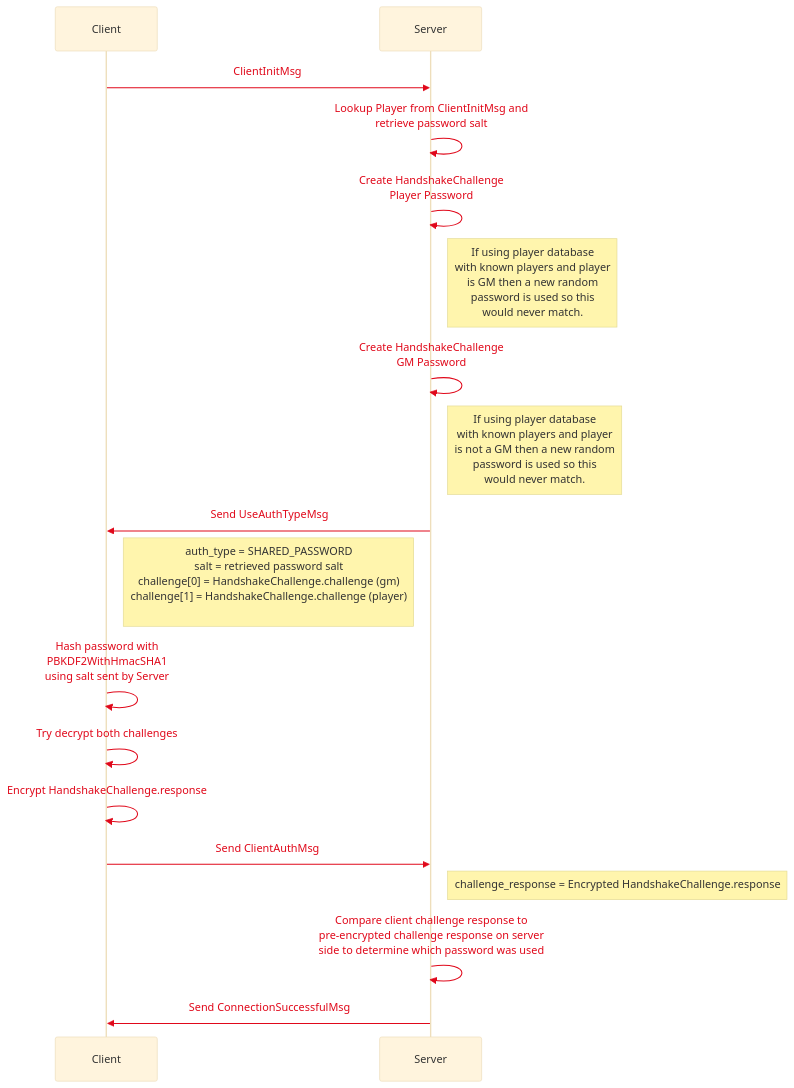
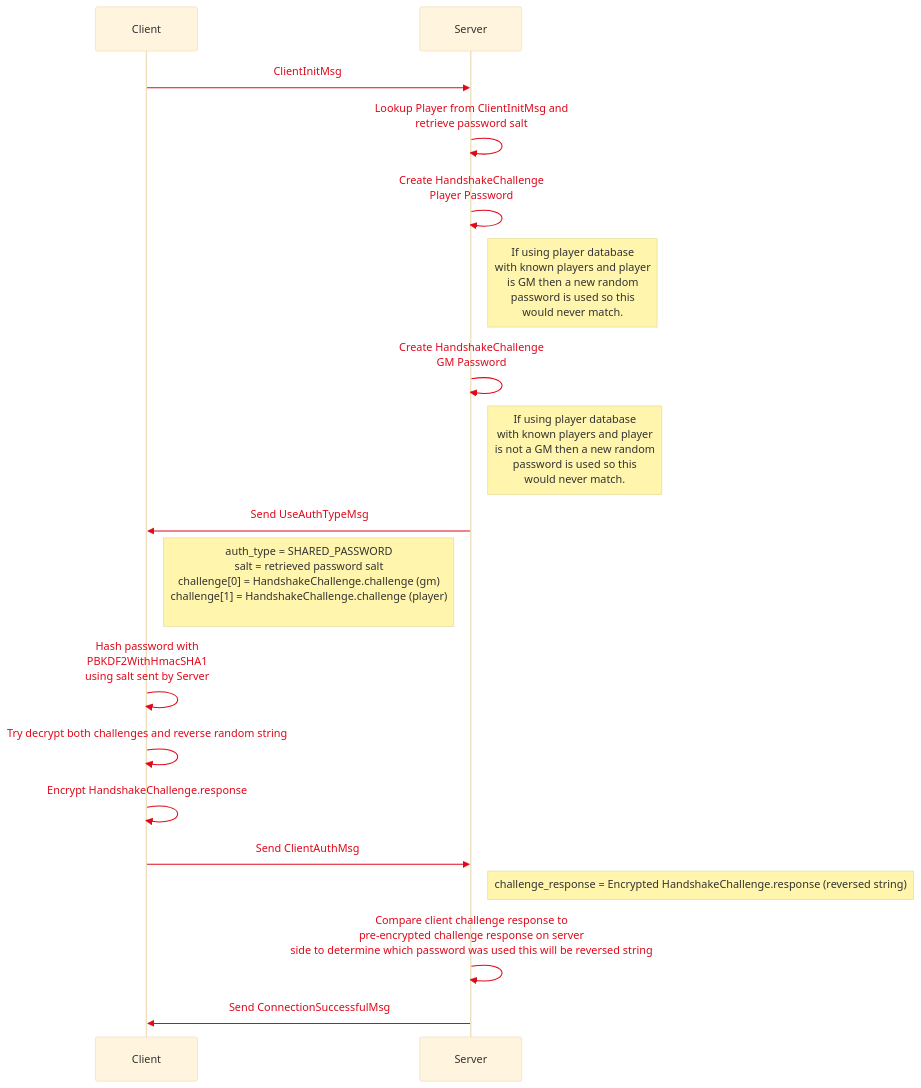
Before and after one commit to cwisniew/rptools-dev-doc: the fourth of 4 diagrams in docs/authentication/handshake.md, drawn with Mermaid. The commit also changed other lines of this file and 1 other file, not shown here.

Commit message:
Updated the documentation for handshake process to reflect easy connect

````diff
--- a/docs/authentication/handshake.md
+++ b/docs/authentication/handshake.md
@@ -46,20 +71,20 @@
 ```mermaid
 
 %%{init: {'theme': 'base', 'themeVariables': { 'signalColor': '#e0081a', 'textColor': '#e0081a' }}}%%
   sequenceDiagram
   Client->>Server: ClientInitMsg
 Server->>Server: Lookup Player from ClientInitMsg and<br/>retrieve password salt
 Server->>Server: Create HandshakeChallenge<br/>Player Password
 note right of Server: If using player database<br/> with known players and player<br/>is GM then a new random<br/>password is used so this<br/> would never match.
 Server->>Server: Create HandshakeChallenge<br/>GM Password
 note right of Server: If using player database<br/> with known players and player<br/>is not a GM then a new random<br/>password is used so this<br/> would never match.
 Server->>Client: Send UseAuthTypeMsg
 note right of Client: auth_type = SHARED_PASSWORD<br/> salt = retrieved password salt<br/> challenge[0] = HandshakeChallenge.challenge (gm)<br/> challenge[1] = HandshakeChallenge.challenge (player)<br/>
 Client->>Client: Hash password with<br/>PBKDF2WithHmacSHA1<br/>using salt sent by Server
-Client->>Client: Try decrypt both challenges
+Client->>Client: Try decrypt both challenges and reverse random string
 Client->>Client: Encrypt HandshakeChallenge.response
 Client->>Server: Send ClientAuthMsg
-note right of Server: challenge_response = Encrypted HandshakeChallenge.response
-Server->>Server: Compare client challenge response to<br/>pre-encrypted challenge response on server<br/>side to determine which password was used
+note right of Server: challenge_response = Encrypted HandshakeChallenge.response (reversed string)
+Server->>Server: Compare client challenge response to<br/>pre-encrypted challenge response on server<br/>side to determine which password was used this will be reversed string
 Server->>Client: Send ConnectionSuccessfulMsg
 ```
````
